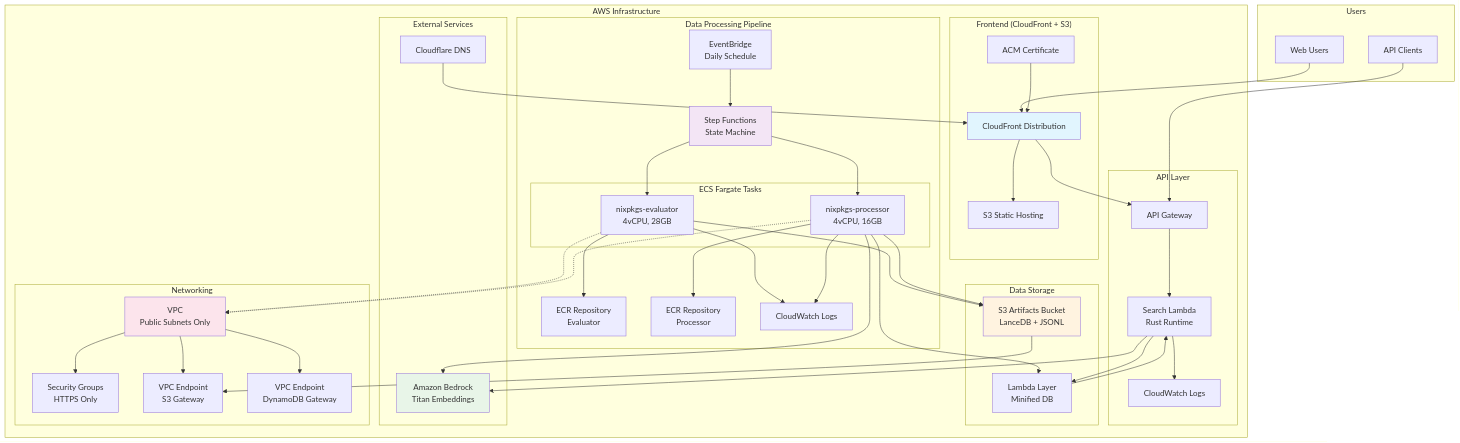
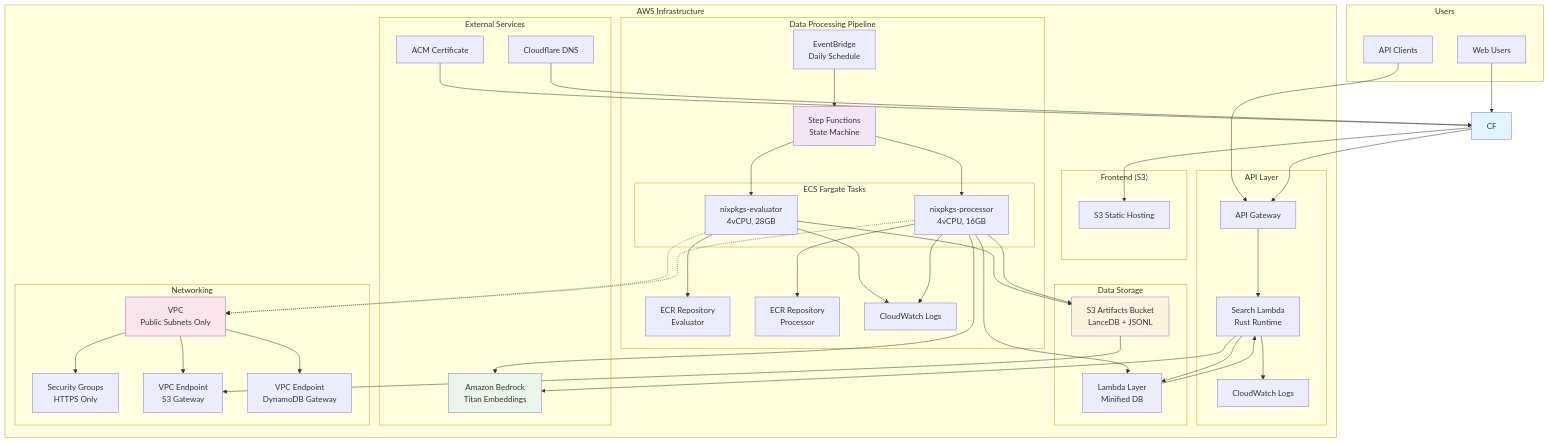
One commit to james-ralph8555/fdnix changed the first of 4 diagrams in packages/cdk/README.md. Above: the diagram before and after it, drawn with Mermaid. The commit also changed other lines of this file and 17 other files, not shown here.

```diff
--- a/packages/cdk/README.md
+++ b/packages/cdk/README.md
@@ -14,10 +14,8 @@
     end
     
     subgraph "AWS Infrastructure"
-        subgraph "Frontend (CloudFront + S3)"
-            CF[CloudFront Distribution]
+        subgraph "Frontend (S3)"
             S3F[S3 Static Hosting]
-            ACM[ACM Certificate]
         end
         
         subgraph "API Layer"
@@ -48,6 +46,7 @@
         subgraph "External Services"
             BR[Amazon Bedrock<br/>Titan Embeddings]
             CF_DNS[Cloudflare DNS]
+            ACM[ACM Certificate]
         end
         
         subgraph "Networking"
```
